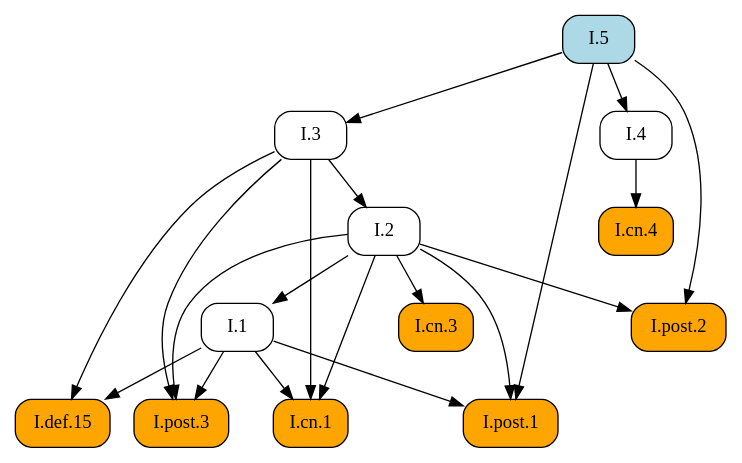
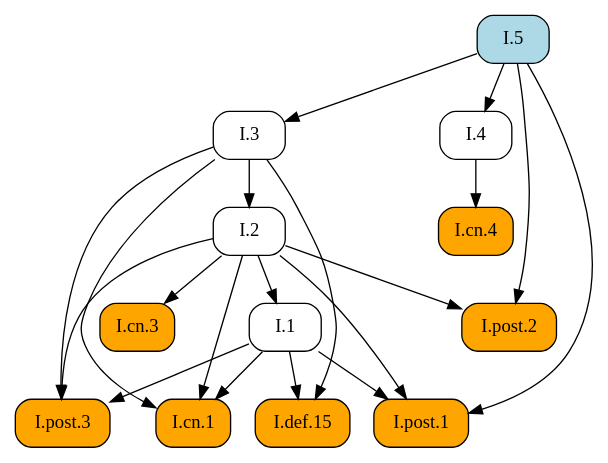
Before and after one commit to geometor/elements: the diagram in docsrc/heath/I/5/index.rst, drawn with Graphviz. The commit also changed other lines of this file and 1029 other files, not shown here.

```diff
--- a/docsrc/heath/I/5/index.rst
+++ b/docsrc/heath/I/5/index.rst
@@ -117,37 +117,37 @@
 .. graphviz::
 
    digraph {
      rankdir="TB";
      node [shape=box, style=rounded];
      "I.def.15" [style="rounded,filled", fillcolor=orange, URL="/heath/I/def.15/", target="_top"];
+     "I.post.3" [style="rounded,filled", fillcolor=orange, URL="/heath/I/post.3/", target="_top"];
      "I.1" [URL="/heath/I/1/", target="_top"];
-     "I.post.3" [style="rounded,filled", fillcolor=orange, URL="/heath/I/post.3/", target="_top"];
+     "I.cn.1" [style="rounded,filled", fillcolor=orange, URL="/heath/I/cn.1/", target="_top"];
      "I.cn.3" [style="rounded,filled", fillcolor=orange, URL="/heath/I/cn.3/", target="_top"];
+     "I.3" [URL="/heath/I/3/", target="_top"];
+     "I.2" [URL="/heath/I/2/", target="_top"];
+     "I.4" [URL="/heath/I/4/", target="_top"];
+     "I.cn.4" [style="rounded,filled", fillcolor=orange, URL="/heath/I/cn.4/", target="_top"];
      "I.post.1" [style="rounded,filled", fillcolor=orange, URL="/heath/I/post.1/", target="_top"];
+     "I.post.2" [style="rounded,filled", fillcolor=orange, URL="/heath/I/post.2/", target="_top"];
      "I.5" [style="rounded,filled", fillcolor=lightblue, URL="/heath/I/5/", target="_top"];
-     "I.4" [URL="/heath/I/4/", target="_top"];
-     "I.3" [URL="/heath/I/3/", target="_top"];
-     "I.cn.4" [style="rounded,filled", fillcolor=orange, URL="/heath/I/cn.4/", target="_top"];
-     "I.cn.1" [style="rounded,filled", fillcolor=orange, URL="/heath/I/cn.1/", target="_top"];
-     "I.post.2" [style="rounded,filled", fillcolor=orange, URL="/heath/I/post.2/", target="_top"];
-     "I.2" [URL="/heath/I/2/", target="_top"];
      "I.1" -> "I.def.15";
      "I.3" -> "I.def.15";
-     "I.2" -> "I.1";
      "I.1" -> "I.post.3";
      "I.2" -> "I.post.3";
      "I.3" -> "I.post.3";
+     "I.2" -> "I.1";
+     "I.1" -> "I.cn.1";
+     "I.2" -> "I.cn.1";
+     "I.3" -> "I.cn.1";
      "I.2" -> "I.cn.3";
+     "I.5" -> "I.3";
+     "I.3" -> "I.2";
+     "I.5" -> "I.4";
+     "I.4" -> "I.cn.4";
      "I.1" -> "I.post.1";
      "I.2" -> "I.post.1";
      "I.5" -> "I.post.1";
-     "I.5" -> "I.4";
-     "I.5" -> "I.3";
-     "I.4" -> "I.cn.4";
-     "I.1" -> "I.cn.1";
-     "I.2" -> "I.cn.1";
-     "I.3" -> "I.cn.1";
      "I.2" -> "I.post.2";
      "I.5" -> "I.post.2";
-     "I.3" -> "I.2";
    }
```
